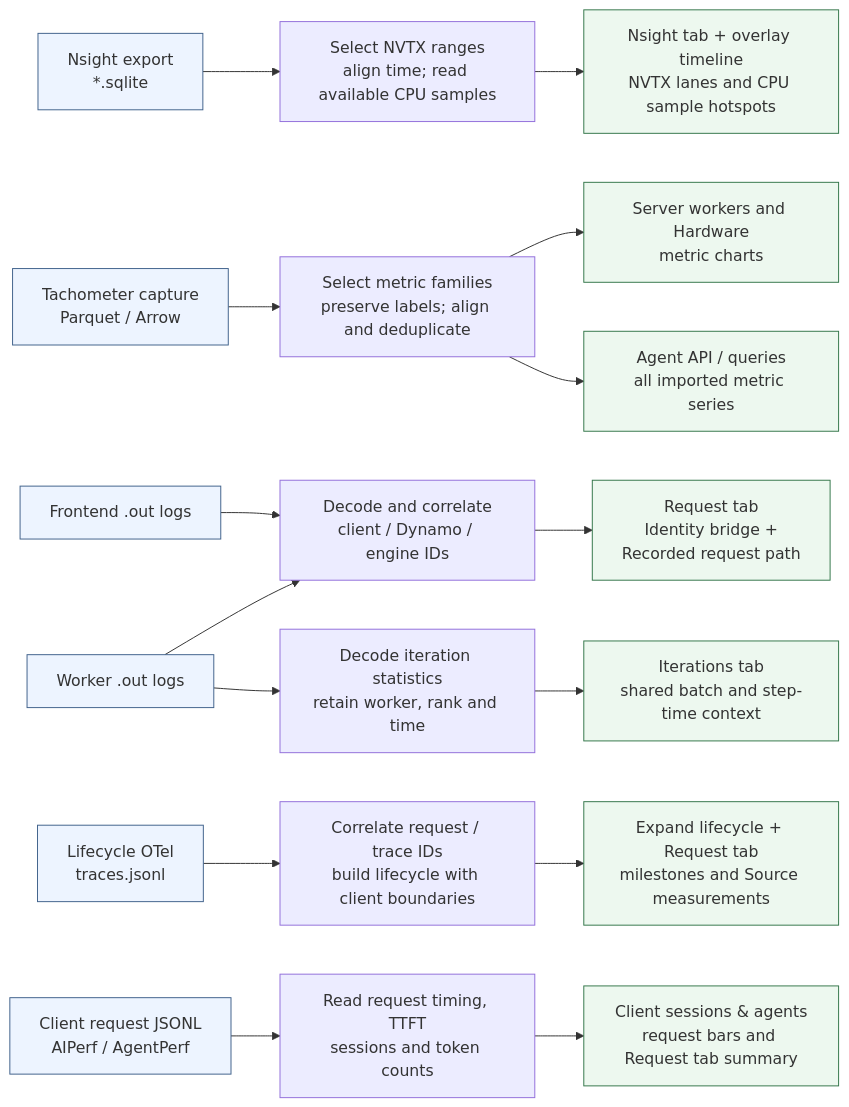
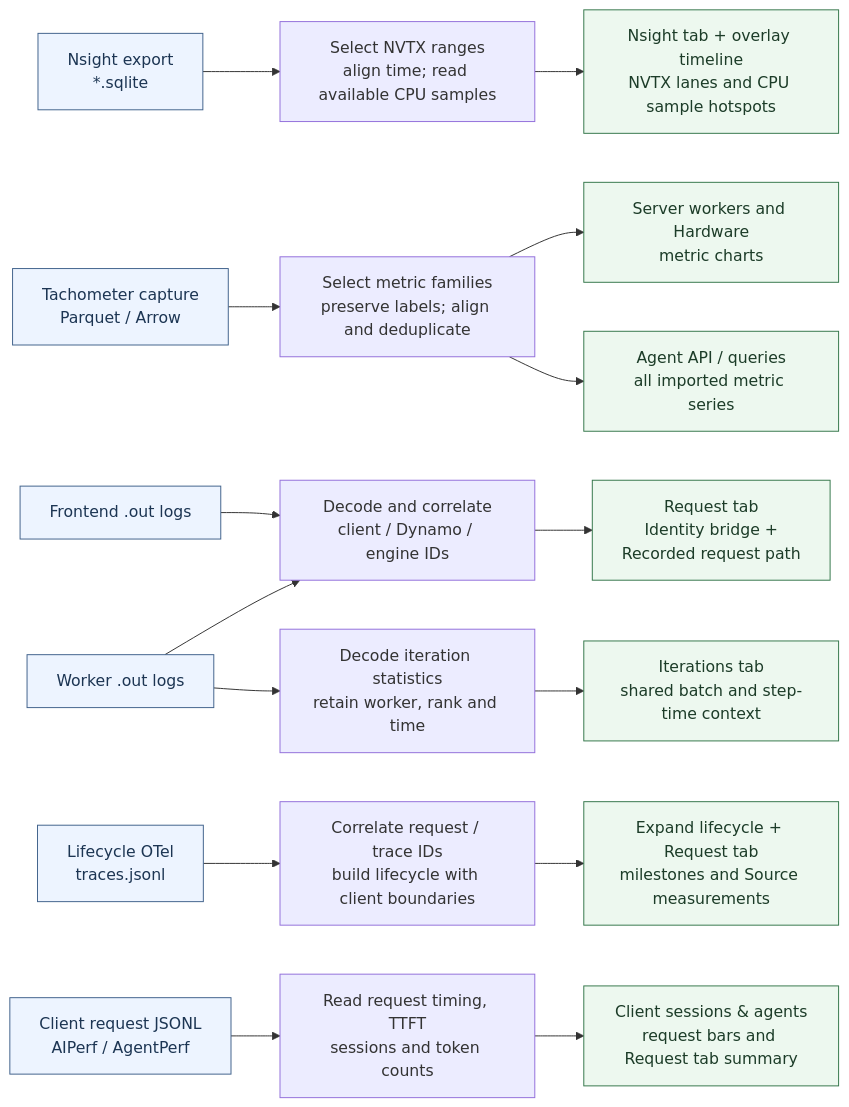
Before and after one commit to NVIDIA/srt-slurm: the first of 2 diagrams in docs/dsight-data-flow.md, drawn with Mermaid. The commit also changed other lines of this file and 1 other file, not shown here.

````diff
--- a/docs/dsight-data-flow.md
+++ b/docs/dsight-data-flow.md
@@ -14,26 +14,26 @@
 ```mermaid
 flowchart LR
     N["Nsight export<br/>*.sqlite"] --> NP["Select NVTX ranges<br/>align time; read available CPU samples"]
     NP --> NU["Nsight tab + overlay timeline<br/>NVTX lanes and CPU sample hotspots"]
 
     T["Tachometer capture<br/>Parquet / Arrow"] --> MP["Select metric families<br/>preserve labels; align and deduplicate"]
     MP --> MU["Server workers and Hardware<br/>metric charts"]
     MP --> MQ["Agent API / queries<br/>all imported metric series"]
 
     W["Worker .out logs"] --> IP["Decode and correlate<br/>client / Dynamo / engine IDs"]
     F["Frontend .out logs"] --> IP
     IP --> IU["Request tab<br/>Identity bridge +<br/>Recorded request path"]
     W --> BP["Decode iteration statistics<br/>retain worker, rank and time"]
     BP --> BU["Iterations tab<br/>shared batch and step-time context"]
 
     O["Lifecycle OTel<br/>traces.jsonl"] --> LP["Correlate request / trace IDs<br/>build lifecycle with client boundaries"]
     LP --> LU["Expand lifecycle + Request tab<br/>milestones and Source measurements"]
 
     C["Client request JSONL<br/>AIPerf / AgentPerf"] --> CP["Read request timing, TTFT<br/>sessions and token counts"]
     CP --> CU["Client sessions & agents<br/>request bars and Request tab summary"]
 
-    classDef source fill:#edf4ff,stroke:#42638c;
-    classDef ui fill:#edf8ef,stroke:#36784c;
+    classDef source fill:#edf4ff,stroke:#42638c,color:#1c3553;
+    classDef ui fill:#edf8ef,stroke:#36784c,color:#1c3c28;
     class N,T,W,F,O,C source;
     class NU,MU,MQ,IU,BU,LU,CU ui;
 ```
````
